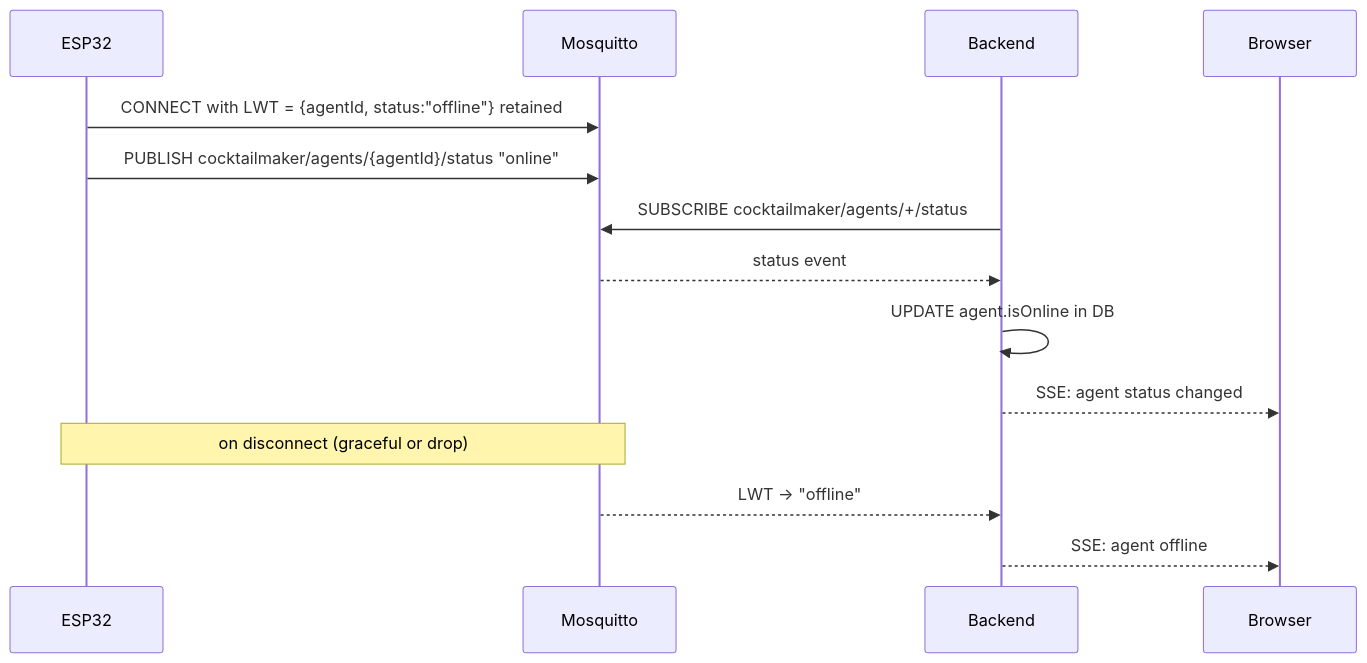
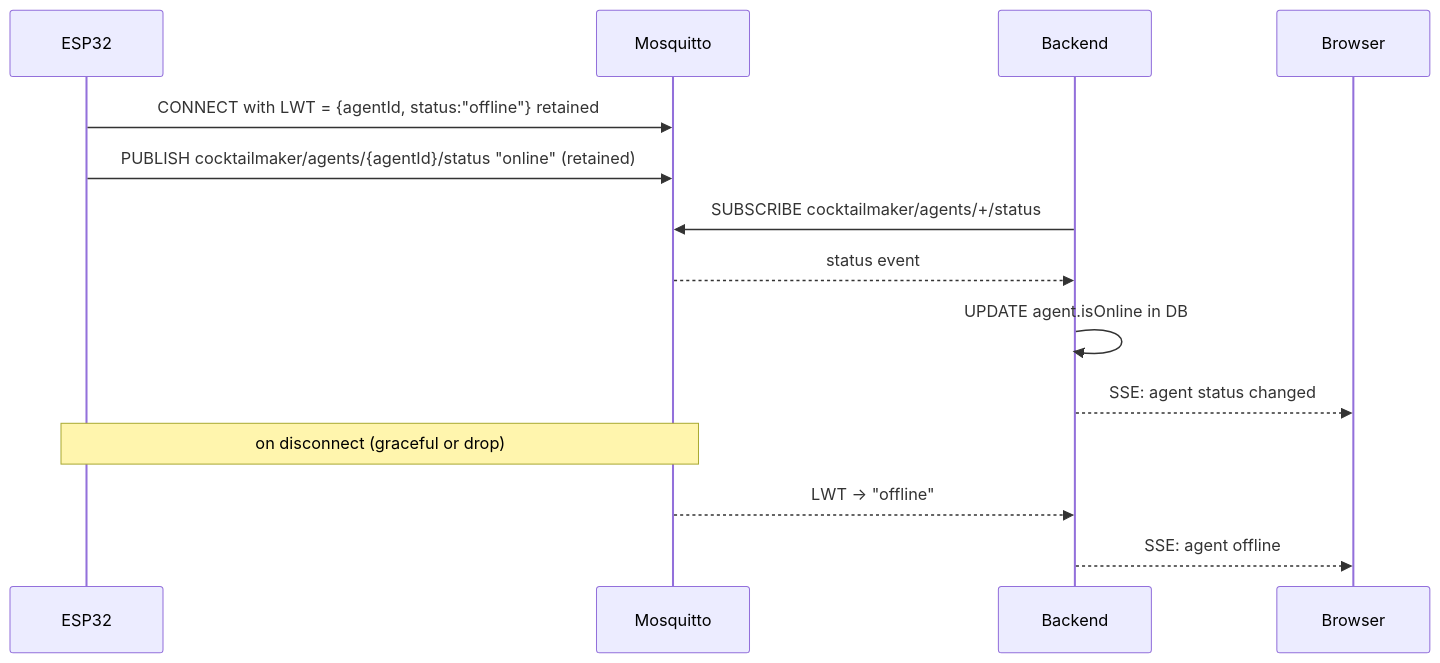
The seventh of 8 diagrams in docs/architecture.md (codeiakofficial/cocktailmaker), drawn with Mermaid before and after one commit. The commit also changed other lines of this file and 30 other files, not shown here.

First line of the commit message:
feat: Manage Agents page — rename, pump-ingredient mapping, persist config on agent (T28)

````diff
--- a/docs/architecture.md
+++ b/docs/architecture.md
@@ -78,19 +141,19 @@
 ```mermaid
 sequenceDiagram
     participant ESP32
     participant Broker as Mosquitto
     participant Backend
     participant Browser
 
     ESP32->>Broker: CONNECT with LWT = {agentId, status:"offline"} retained
-    ESP32->>Broker: PUBLISH cocktailmaker/agents/{agentId}/status "online"
+    ESP32->>Broker: PUBLISH cocktailmaker/agents/{agentId}/status "online" (retained)
 
     Backend->>Broker: SUBSCRIBE cocktailmaker/agents/+/status
     Broker-->>Backend: status event
     Backend->>Backend: UPDATE agent.isOnline in DB
     Backend-->>Browser: SSE: agent status changed
 
     Note over ESP32,Broker: on disconnect (graceful or drop)
     Broker-->>Backend: LWT → "offline"
     Backend-->>Browser: SSE: agent offline
 ```
````
